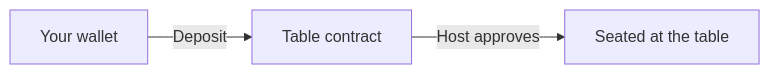
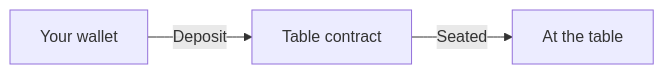
Before and after one commit to Stacked-Labs/poker-docs: the diagram in docs/your-money/deposits.md, drawn with Mermaid. The commit also changed other lines of this file and 19 other files, not shown here.

````diff
--- a/docs/your-money/deposits.md
+++ b/docs/your-money/deposits.md
@@ -19,5 +19,5 @@
 ```mermaid
 flowchart LR
     W[Your wallet] -->|Deposit| C[Table contract]
-    C -->|Host approves| S[Seated at the table]
+    C -->|Seated| S[At the table]
 ```
````
